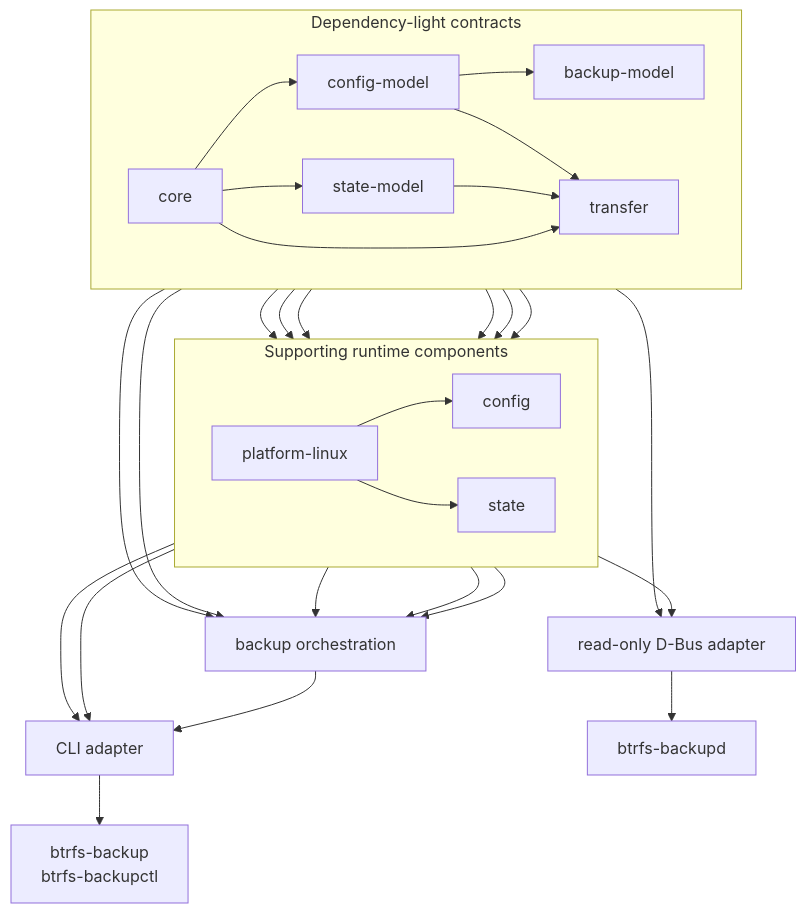
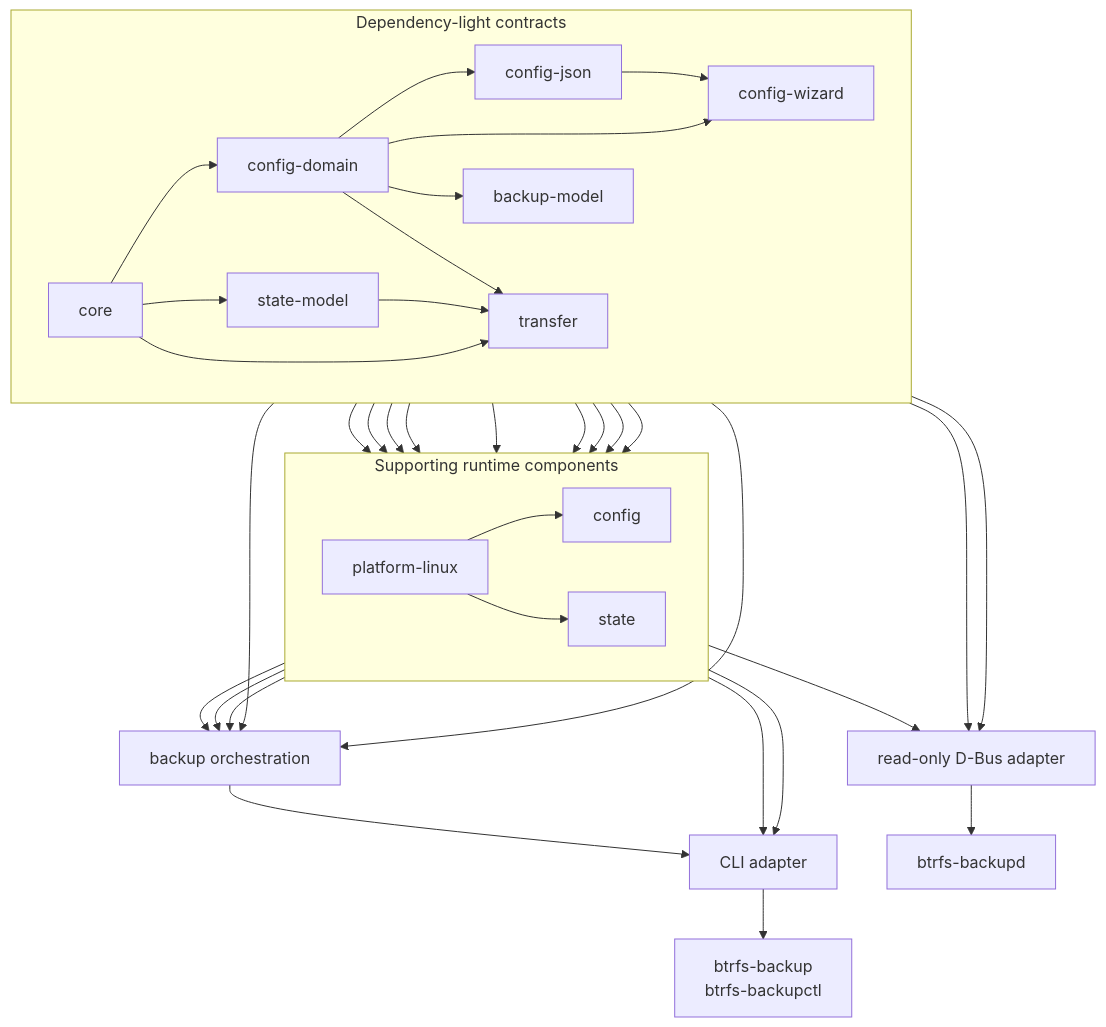
One commit to kapiwko/btrfs-backup changed the diagram in docs/cpp-layout.md. Above: the diagram before and after it, drawn with Mermaid. The commit also changed 29 other files, not shown here.

Commit message:
refactor(config): separate profile document from domain model

````diff
--- a/docs/cpp-layout.md
+++ b/docs/cpp-layout.md
@@ -57,51 +57,60 @@
 ```mermaid
 flowchart TB
     subgraph contracts[Dependency-light contracts]
         direction LR
         core[core]
-        config_model[config-model]
+        config_domain[config-domain]
+        config_json[config-json]
+        config_wizard[config-wizard]
         state_model[state-model]
         backup_model[backup-model]
         transfer[transfer]
 
-        core --> config_model
+        core --> config_domain
+        config_domain --> config_json
+        config_domain --> config_wizard
+        config_json --> config_wizard
         core --> state_model
-        config_model --> backup_model
+        config_domain --> backup_model
         core --> transfer
-        config_model --> transfer
+        config_domain --> transfer
         state_model --> transfer
     end
 
     subgraph support[Supporting runtime components]
         direction LR
         platform[platform-linux]
         config[config]
         state[state]
     end
 
     backup[backup orchestration]
     cli[CLI adapter]
     daemon[read-only D-Bus adapter]
 
-    config_model --> platform
+    config_domain --> platform
     backup_model --> platform
     transfer --> platform
-    config_model --> config
+    config_domain --> config
+    config_json --> config
+    config_wizard --> config
     platform --> config
-    config_model --> state
+    config_domain --> state
+    config_json --> state
     state_model --> state
     platform --> state
     backup_model --> backup
     transfer --> backup
     platform --> backup
     config --> backup
     state --> backup
     backup --> cli
     config --> cli
     state --> cli
-    config_model --> daemon
+    config_domain --> daemon
+    config_json --> daemon
     platform --> daemon
 
     cli --> executables[btrfs-backup<br/>btrfs-backupctl]
     daemon --> manager[btrfs-backupd]
 ```
````
